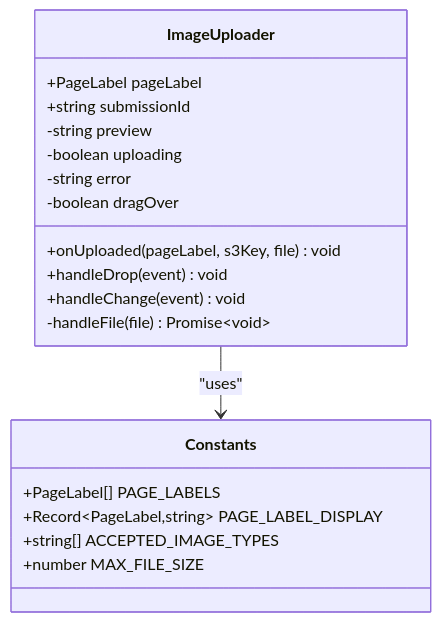
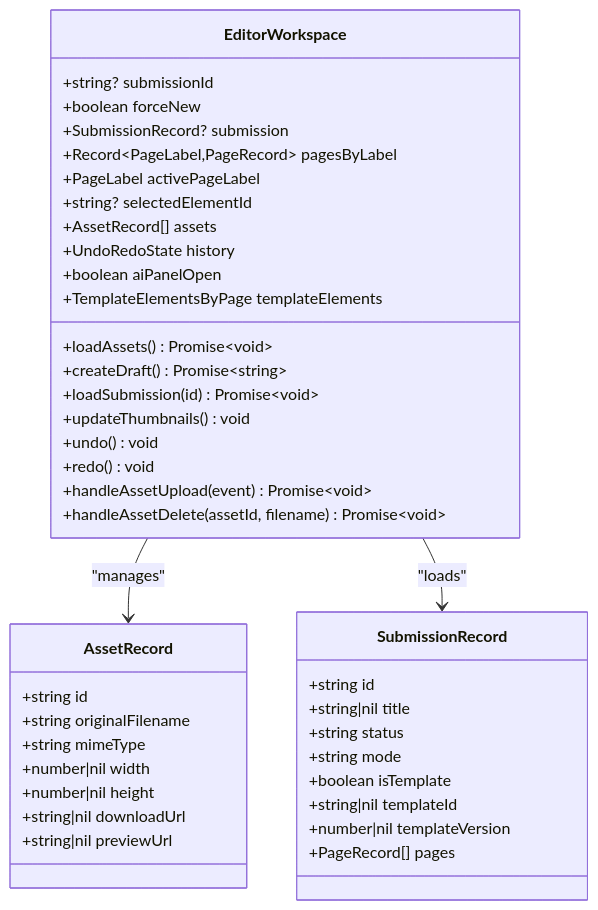
The third of 12 diagrams in .qoder/repowiki/en/content/Image Upload System/Image Upload System.md (Crowdspender/titchybooks-app), drawn with Mermaid before and after one commit. The commit also changed other lines of this file and 62 other files, not shown here.

````diff
--- a/.qoder/repowiki/en/content/Image Upload System/Image Upload System.md
+++ b/.qoder/repowiki/en/content/Image Upload System/Image Upload System.md
@@ -131,22 +210,44 @@
 ```mermaid
 classDiagram
-class ImageUploader {
-+PageLabel pageLabel
-+string submissionId
-+onUploaded(pageLabel, s3Key, file) void
--string preview
--boolean uploading
--string error
--boolean dragOver
-+handleDrop(event) void
-+handleChange(event) void
--handleFile(file) Promise~void~
+class EditorWorkspace {
++string? submissionId
++boolean forceNew
++SubmissionRecord? submission
++Record~PageLabel,PageRecord~ pagesByLabel
++PageLabel activePageLabel
++string? selectedElementId
++AssetRecord[] assets
++UndoRedoState history
++boolean aiPanelOpen
++TemplateElementsByPage templateElements
++loadAssets() Promise~void~
++createDraft() Promise~string~
++loadSubmission(id) Promise~void~
++updateThumbnails() void
++undo() void
++redo() void
++handleAssetUpload(event) Promise~void~
++handleAssetDelete(assetId, filename) Promise~void~
 }
-class Constants {
-+PageLabel[] PAGE_LABELS
-+Record~PageLabel,string~ PAGE_LABEL_DISPLAY
-+string[] ACCEPTED_IMAGE_TYPES
-+number MAX_FILE_SIZE
+class AssetRecord {
++string id
++string originalFilename
++string mimeType
++number|nil width
++number|nil height
++string|nil downloadUrl
++string|nil previewUrl
 }
-ImageUploader --> Constants : "uses"
+class SubmissionRecord {
++string id
++string|nil title
++string status
++string mode
++boolean isTemplate
++string|nil templateId
++number|nil templateVersion
++PageRecord[] pages
+}
+EditorWorkspace --> AssetRecord : "manages"
+EditorWorkspace --> SubmissionRecord : "loads"
 ```
````
